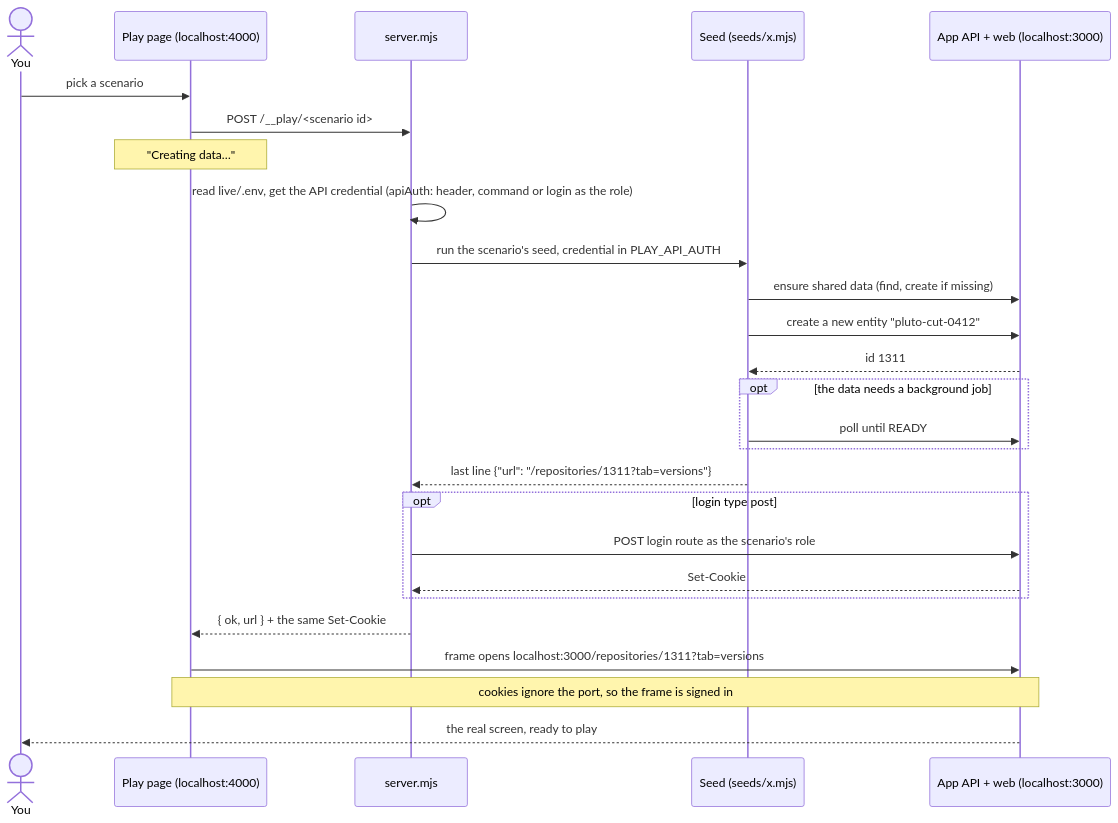
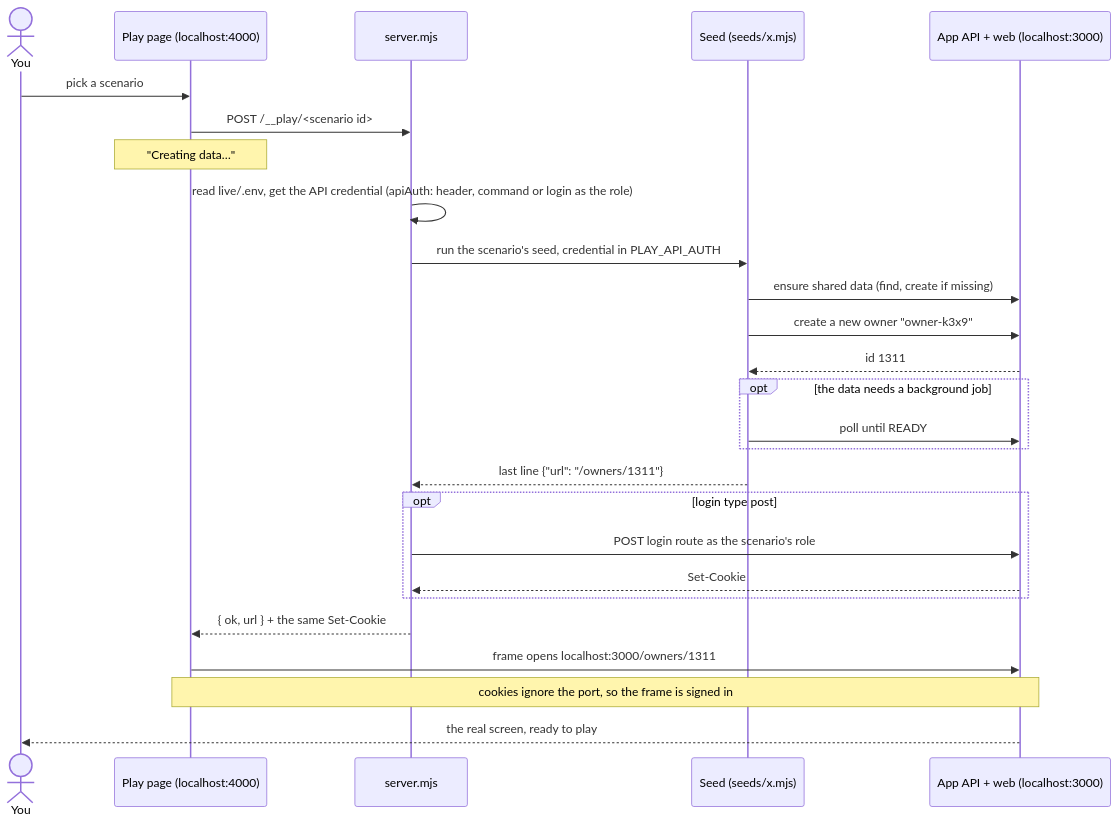
Before and after one commit to naphatwx/naphatwx-tools: the second of 5 diagrams in plugins/naphatwx-tools/skills/play-scenarios/README.md, drawn with Mermaid. The commit also changed other lines of this file and 60 other files, not shown here.

````diff
--- a/plugins/naphatwx-tools/skills/play-scenarios/README.md
+++ b/plugins/naphatwx-tools/skills/play-scenarios/README.md
@@ -57,28 +57,28 @@
 ```mermaid
 sequenceDiagram
     actor U as You
     participant P as Play page (localhost:4000)
     participant S as server.mjs
     participant D as Seed (seeds/x.mjs)
     participant A as App API + web (localhost:3000)
     U->>P: pick a scenario
     P->>S: POST /__play/<scenario id>
     Note over P: "Creating data…"
     S->>S: read live/.env, get the API credential (apiAuth: header, command or login as the role)
     S->>D: run the scenario's seed, credential in PLAY_API_AUTH
     D->>A: ensure shared data (find, create if missing)
-    D->>A: create a new entity "pluto-cut-0412"
+    D->>A: create a new owner "owner-k3x9"
     A-->>D: id 1311
     opt the data needs a background job
         D->>A: poll until READY
     end
-    D-->>S: last line {"url": "/repositories/1311?tab=versions"}
+    D-->>S: last line {"url": "/owners/1311"}
     opt login type post
         S->>A: POST login route as the scenario's role
         A-->>S: Set-Cookie
     end
     S-->>P: { ok, url } + the same Set-Cookie
-    P->>A: frame opens localhost:3000/repositories/1311?tab=versions
+    P->>A: frame opens localhost:3000/owners/1311
     Note over P,A: cookies ignore the port, so the frame is signed in
     A-->>U: the real screen, ready to play
 ```
````
